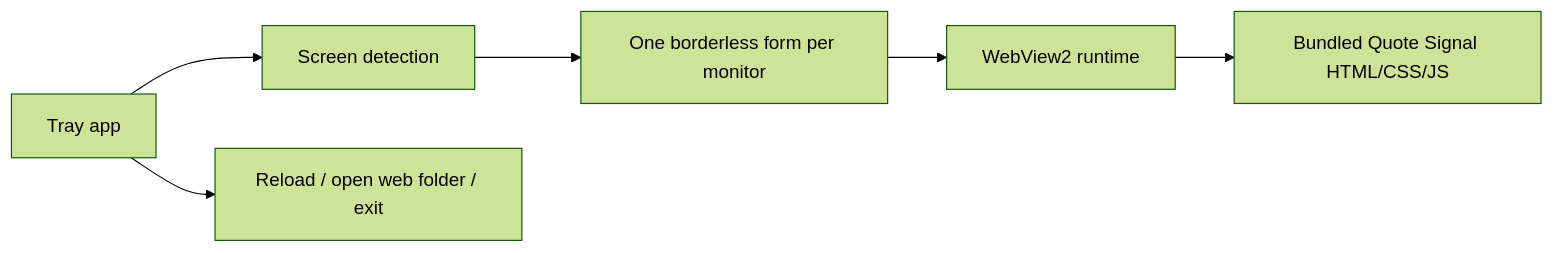
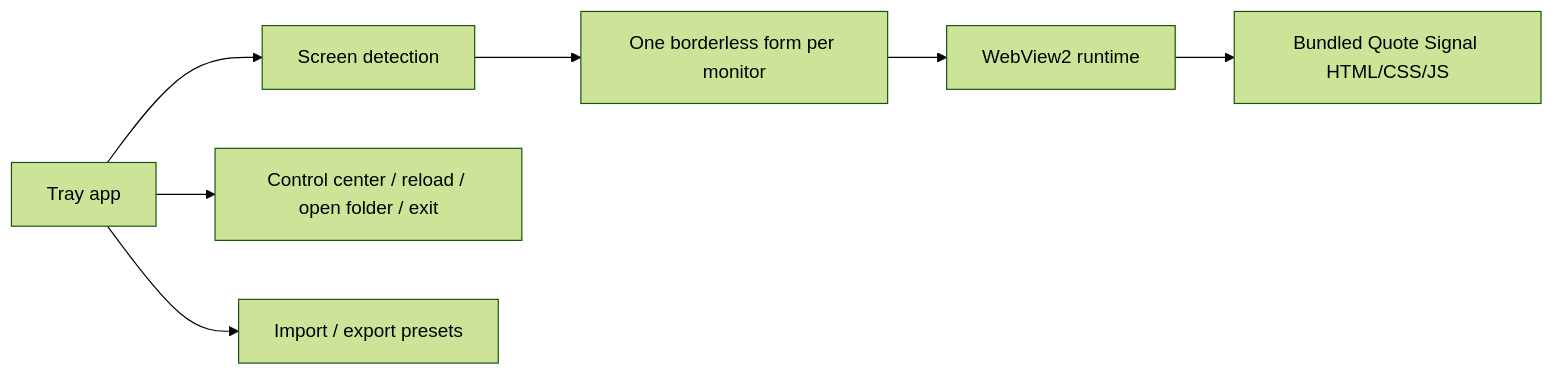
Before and after one commit to Sabertlili/signalwall: the diagram in ARCHITECTURE.md, drawn with Mermaid (forest theme). The commit also changed other lines of this file and 24 other files, not shown here.

````diff
--- a/ARCHITECTURE.md
+++ b/ARCHITECTURE.md
@@ -7,8 +7,9 @@
 ```mermaid
 flowchart LR
   Tray["Tray app"] --> Screens["Screen detection"]
   Screens --> Forms["One borderless form per monitor"]
   Forms --> WebView["WebView2 runtime"]
   WebView --> Wallpaper["Bundled Quote Signal HTML/CSS/JS"]
-  Tray --> Commands["Reload / open web folder / exit"]
+  Tray --> Commands["Control center / reload / open folder / exit"]
+  Tray --> Presets["Import / export presets"]
 ```
````
